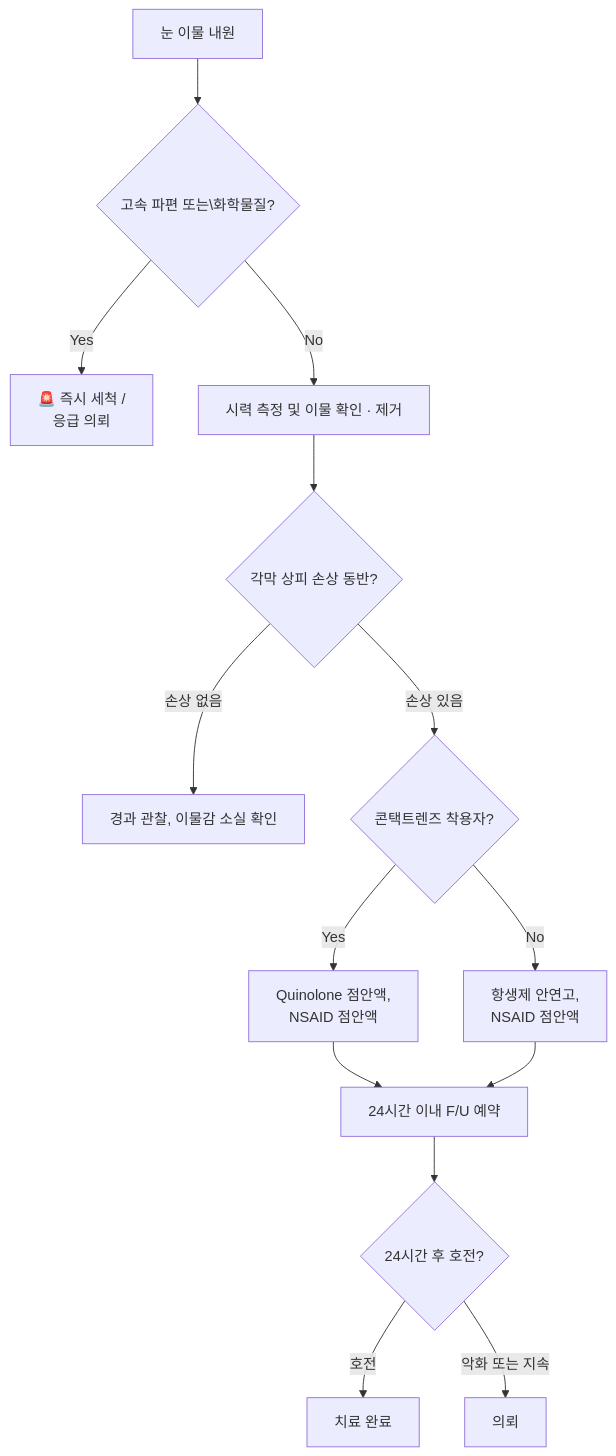
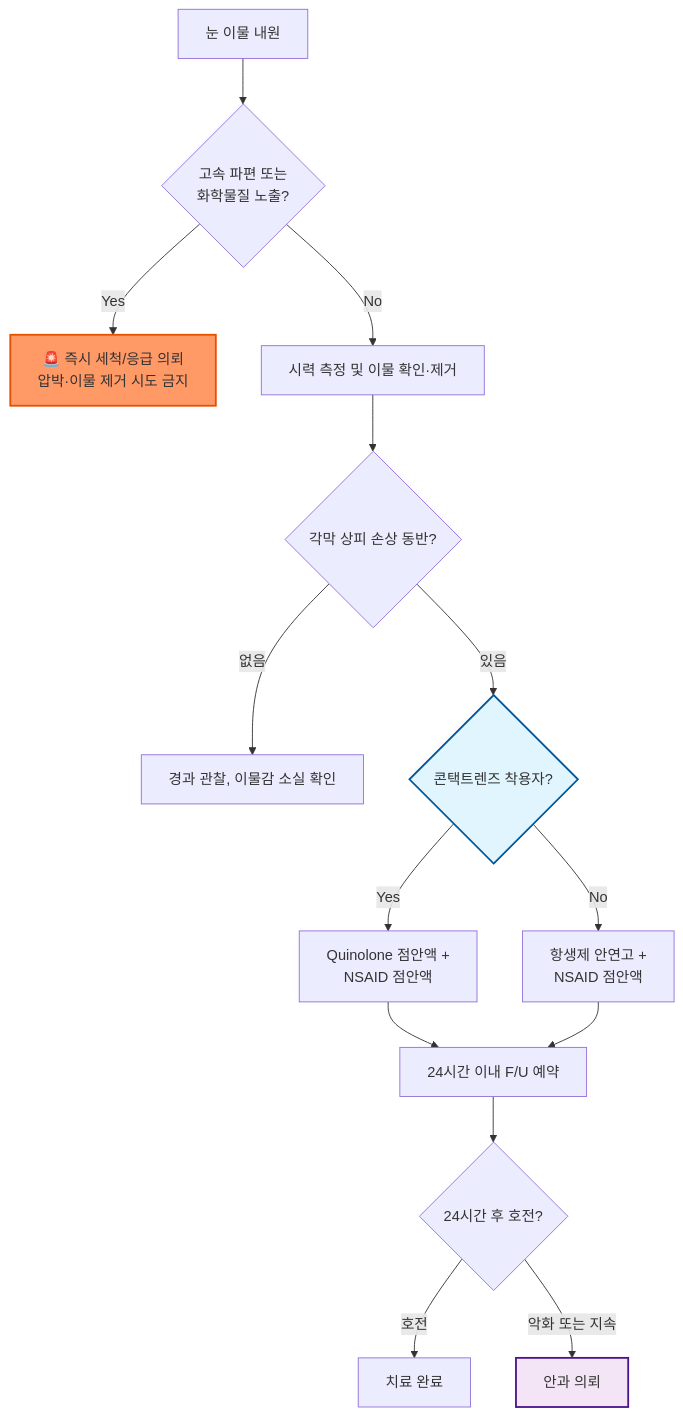
The diagram in 222_/045_-foreign-body-in-the-eye.md (familyoh77/familyoh77), drawn with Mermaid before and after one commit. The commit also changed other lines of this file, not shown here.

````diff
--- a/222_/045_-foreign-body-in-the-eye.md
+++ b/222_/045_-foreign-body-in-the-eye.md
@@ -43,18 +58,19 @@
 ```mermaid
 graph TD
-    A[눈 이물 내원] --> B{고속 파편 또는\화학물질?}
-    B -- Yes --> C[🚨 즉시 세척 / 
-응급 의뢰]
-    B -- No --> D[시력 측정 및 이물 확인 · 제거]
+    A[눈 이물 내원] --> B{고속 파편 또는<br/>화학물질 노출?}
+    B -- Yes --> C[🚨 즉시 세척/응급 의뢰<br/>압박·이물 제거 시도 금지]
+    B -- No --> D[시력 측정 및 이물 확인·제거]
     D --> E{각막 상피 손상 동반?}
-    E -- 손상 없음 --> F[경과 관찰, 이물감 소실 확인]
-    E -- 손상 있음 --> G{콘택트렌즈 착용자?}
-    G -- Yes --> H[Quinolone 점안액, 
-NSAID 점안액]
-    G -- No --> I[항생제 안연고, 
-NSAID 점안액]
+    E -- 없음 --> F[경과 관찰, 이물감 소실 확인]
+    E -- 있음 --> G{콘택트렌즈 착용자?}
+    G -- Yes --> H[Quinolone 점안액 +<br/>NSAID 점안액]
+    G -- No --> I[항생제 안연고 +<br/>NSAID 점안액]
     H & I --> J[24시간 이내 F/U 예약]
     J --> K{24시간 후 호전?}
     K -- 호전 --> L[치료 완료]
-    K -- 악화 또는 지속 --> M[의뢰]
+    K -- 악화 또는 지속 --> M[안과 의뢰]
+
+    style C fill:#f96,stroke:#e65100,stroke-width:2px
+    style G fill:#e1f5fe,stroke:#01579b,stroke-width:2px
+    style M fill:#f3e5f5,stroke:#4a148c,stroke-width:2px
 ```
````
